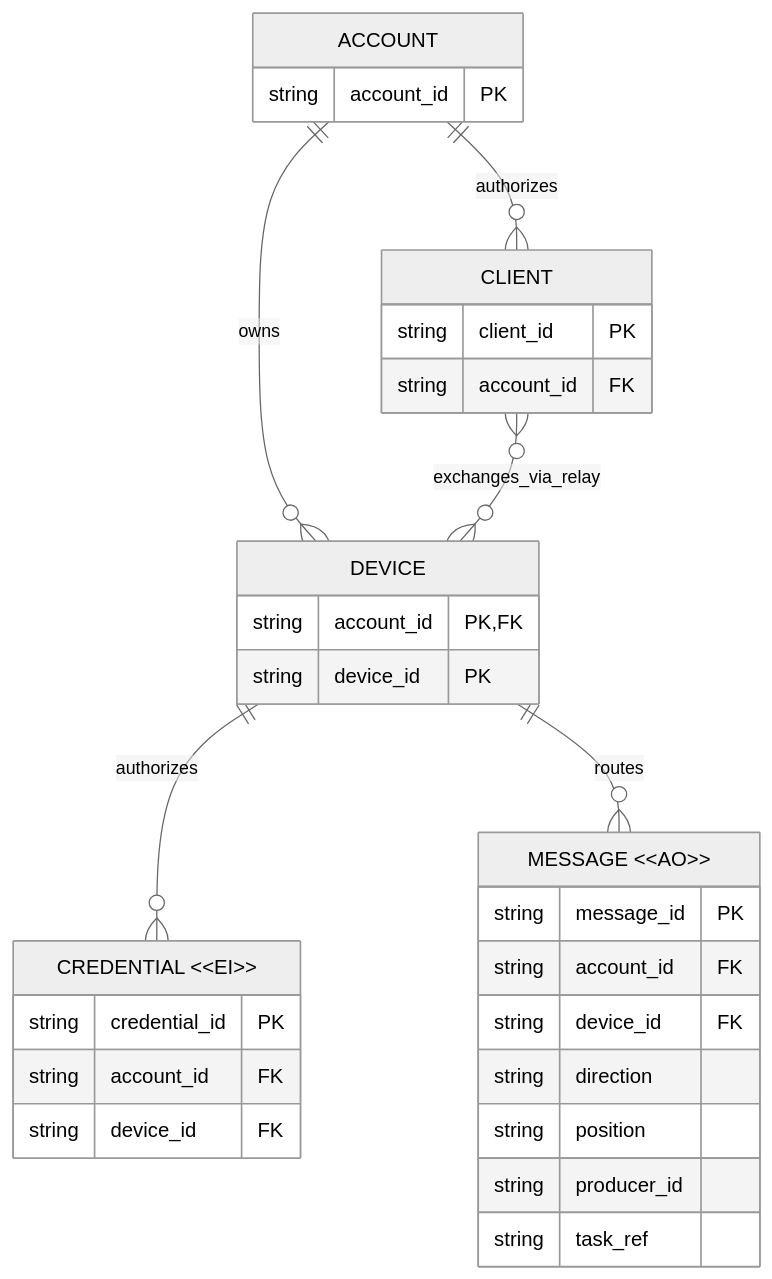
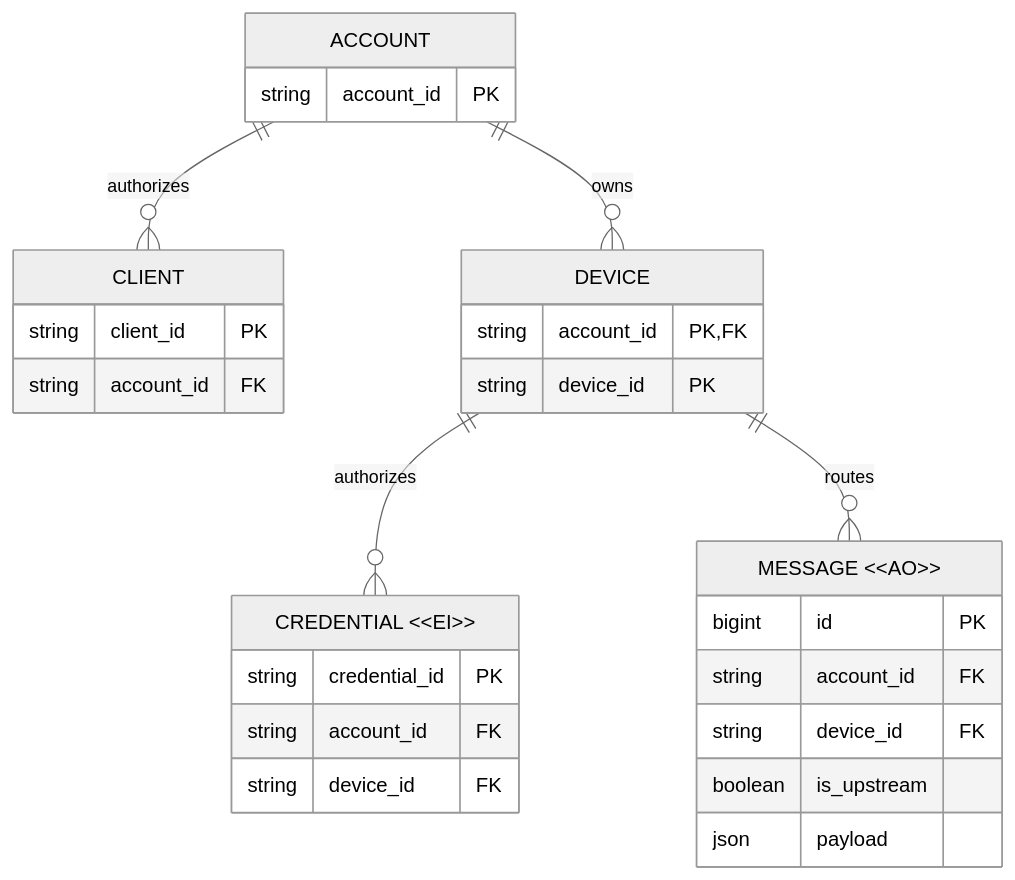
The diagram in .silvermoon/ideas/01M5CPYSJPRQQ6FSTJSMJYRE7P/outer/inner/ideal/Business-Data-Model-Review.md (shazhou-ww/silvermoon-ai), drawn with Mermaid (neutral theme) before and after one commit. The commit also changed other lines of this file and 4 other files, not shown here.

````diff
--- a/.silvermoon/ideas/01M5CPYSJPRQQ6FSTJSMJYRE7P/outer/inner/ideal/Business-Data-Model-Review.md
+++ b/.silvermoon/ideas/01M5CPYSJPRQQ6FSTJSMJYRE7P/outer/inner/ideal/Business-Data-Model-Review.md
@@ -21,33 +22,30 @@
 ```mermaid
 erDiagram
   ACCOUNT {
     string account_id PK
   }
   CLIENT {
     string client_id PK
     string account_id FK
   }
   DEVICE {
     string account_id PK, FK
     string device_id PK
   }
   CREDENTIAL["CREDENTIAL &lt;&lt;EI&gt;&gt;"] {
     string credential_id PK
     string account_id FK
     string device_id FK
   }
   MESSAGE["MESSAGE &lt;&lt;AO&gt;&gt;"] {
-    string message_id PK
+    bigint id PK
     string account_id FK
     string device_id FK
-    string direction
-    string position
-    string producer_id
-    string task_ref
+    boolean is_upstream
+    json payload
   }
   ACCOUNT ||--o{ DEVICE : owns
   ACCOUNT ||--o{ CLIENT : authorizes
-  CLIENT }o--o{ DEVICE : exchanges_via_relay
   DEVICE ||--o{ CREDENTIAL : authorizes
   DEVICE ||--o{ MESSAGE : routes
 ```
````
